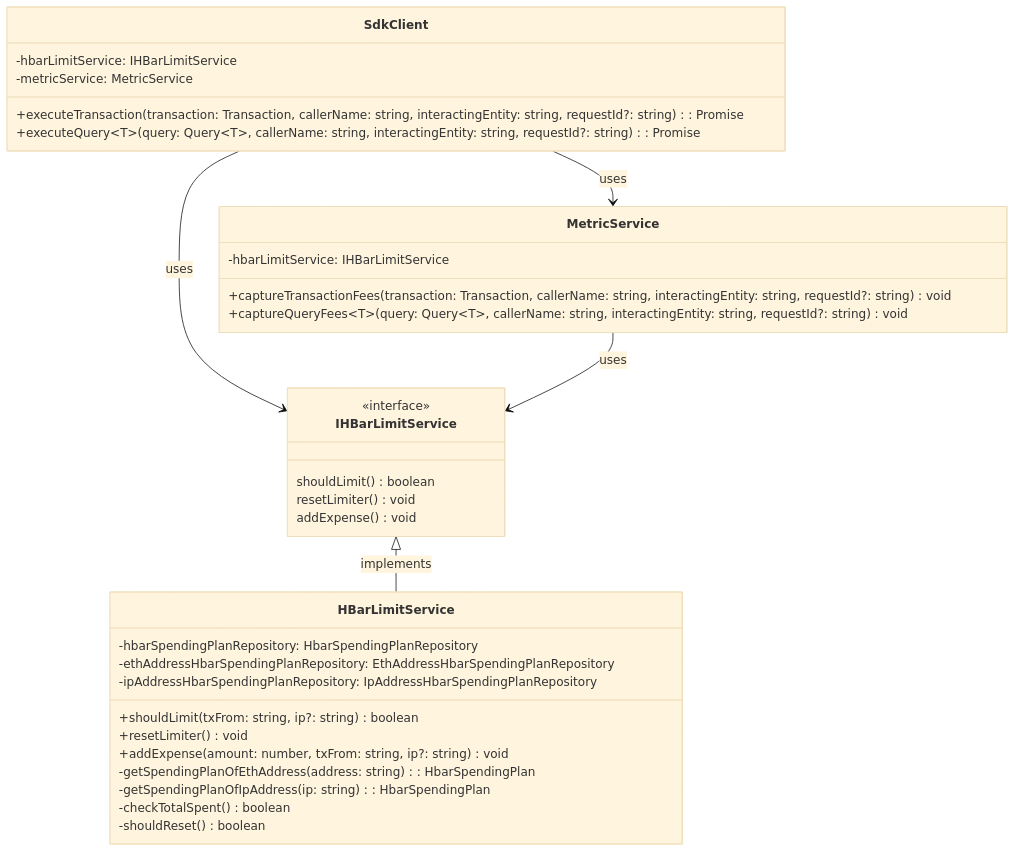
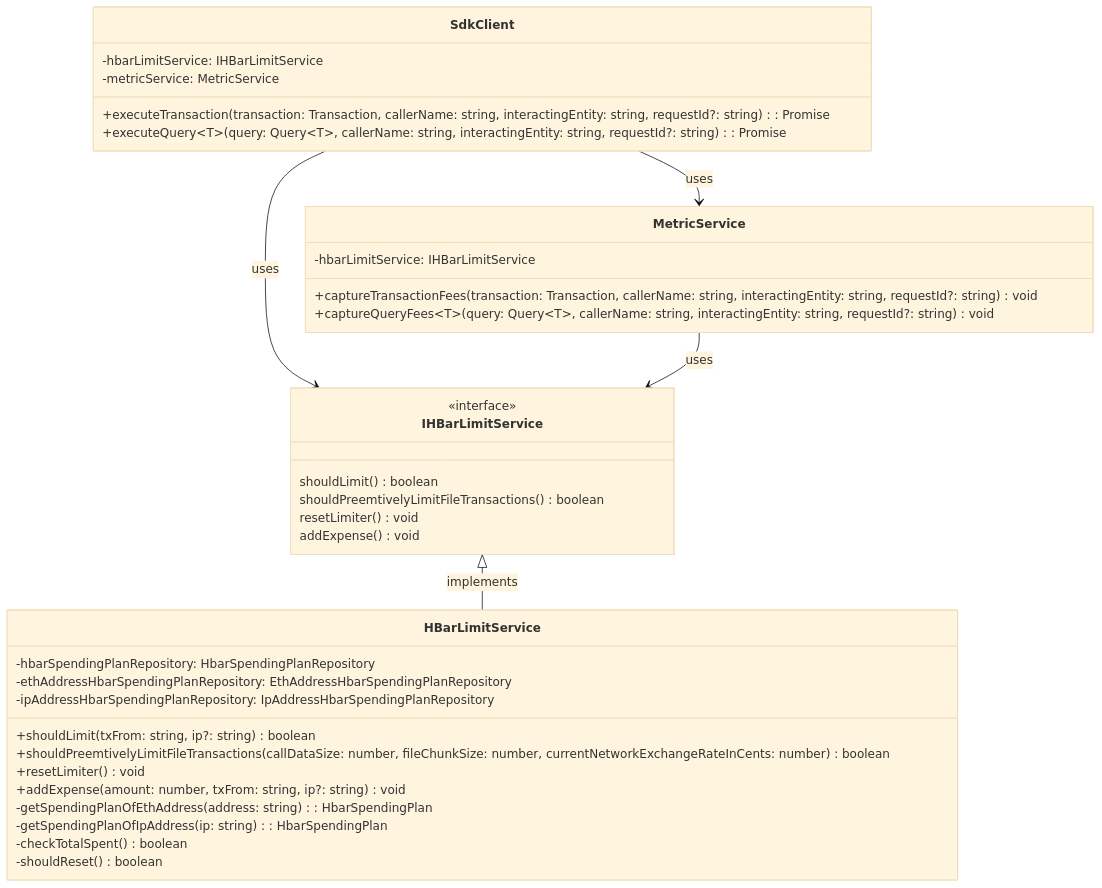
One commit to async-knightbgt7/hiero-json-rpc-relay changed the first of 2 diagrams in docs/design/hbar-limiter.md. Above: the diagram before and after it, drawn with Mermaid (base theme). The commit also changed other lines of this file, not shown here.

First line of the commit message:
docs: added Preemptive Rate Limitting for HFS Transactions to hbar-limiter desgin doc (#2949)

````diff
--- a/docs/design/hbar-limiter.md
+++ b/docs/design/hbar-limiter.md
@@ -60,39 +77,41 @@
 ```mermaid
 classDiagram
     class SdkClient {
         -hbarLimitService: IHBarLimitService
         -metricService: MetricService
         +executeTransaction(transaction: Transaction, callerName: string, interactingEntity: string, requestId?: string): Promise<TransactionId>
         +executeQuery~T~(query: Query~T~, callerName: string, interactingEntity: string, requestId?: string): Promise<Query~T~>
     }
 
     class MetricService {
       -hbarLimitService: IHBarLimitService
       +captureTransactionFees(transaction: Transaction, callerName: string, interactingEntity: string, requestId?: string) void
       +captureQueryFees~T~(query: Query~T~, callerName: string, interactingEntity: string, requestId?: string) void
     }
 
     class HBarLimitService {
         -hbarSpendingPlanRepository: HbarSpendingPlanRepository
         -ethAddressHbarSpendingPlanRepository: EthAddressHbarSpendingPlanRepository
         -ipAddressHbarSpendingPlanRepository: IpAddressHbarSpendingPlanRepository
         +shouldLimit(txFrom: string, ip?: string) boolean
+        +shouldPreemtivelyLimitFileTransactions(callDataSize: number, fileChunkSize: number, currentNetworkExchangeRateInCents: number) boolean
         +resetLimiter() void
         +addExpense(amount: number, txFrom: string, ip?: string) void
         -getSpendingPlanOfEthAddress(address: string): HbarSpendingPlan
         -getSpendingPlanOfIpAddress(ip: string): HbarSpendingPlan
         -checkTotalSpent() boolean
         -shouldReset() boolean
     }
-    
+
     class IHBarLimitService
     <<interface>> IHBarLimitService
     IHBarLimitService : shouldLimit() boolean
+    IHBarLimitService : shouldPreemtivelyLimitFileTransactions() boolean
     IHBarLimitService : resetLimiter() void
     IHBarLimitService : addExpense() void
 
     SdkClient --> MetricService : uses
     SdkClient --> IHBarLimitService : uses
     MetricService --> IHBarLimitService : uses
     IHBarLimitService <|-- HBarLimitService: implements
 ```
````
